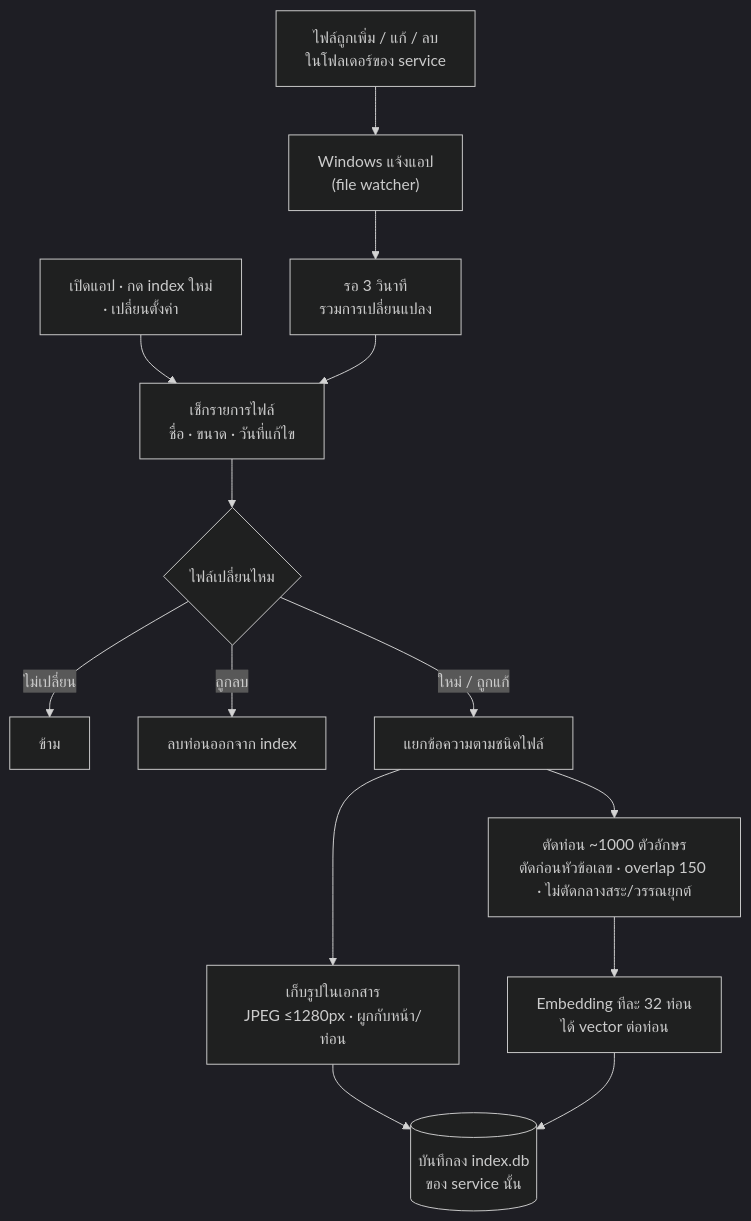
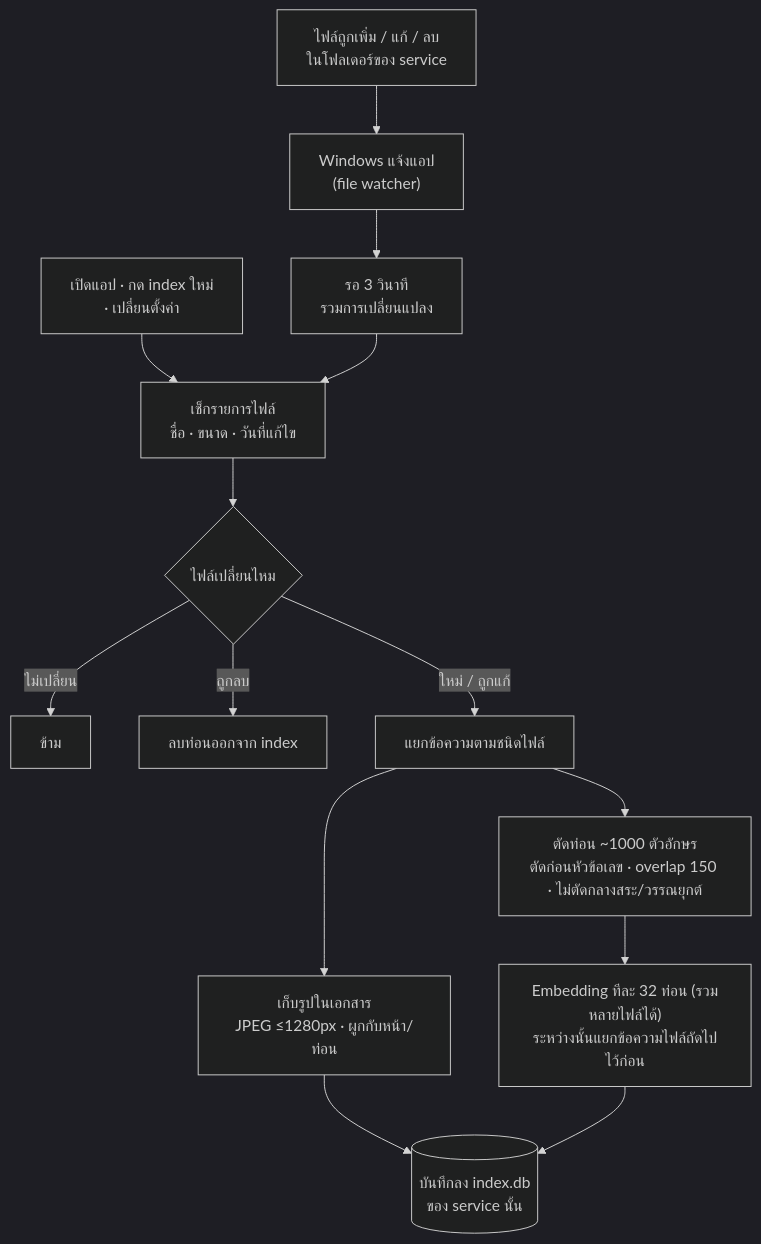
Before and after one commit to bebarboss/local_notebook: the second of 5 diagrams in README.md, drawn with Mermaid (dark theme). The commit also changed other lines of this file and 7 other files, not shown here.

````diff
--- a/README.md
+++ b/README.md
@@ -77,15 +77,15 @@
 ```mermaid
 flowchart TD
     A["ไฟล์ถูกเพิ่ม / แก้ / ลบ<br/>ในโฟลเดอร์ของ service"] --> B["Windows แจ้งแอป<br/>(file watcher)"]
     S["เปิดแอป · กด index ใหม่<br/>· เปลี่ยนตั้งค่า"] --> C
     B --> W["รอ 3 วินาที<br/>รวมการเปลี่ยนแปลง"] --> C["เช็กรายการไฟล์<br/>ชื่อ · ขนาด · วันที่แก้ไข"]
     C --> D{"ไฟล์เปลี่ยนไหม"}
     D -->|ไม่เปลี่ยน| SKIP["ข้าม"]
     D -->|ถูกลบ| DEL["ลบท่อนออกจาก index"]
     D -->|ใหม่ / ถูกแก้| E["แยกข้อความตามชนิดไฟล์"]
     E --> G["ตัดท่อน ~1000 ตัวอักษร<br/>ตัดก่อนหัวข้อเลข · overlap 150 · ไม่ตัดกลางสระ/วรรณยุกต์"]
     E --> P["เก็บรูปในเอกสาร<br/>JPEG ≤1280px · ผูกกับหน้า/ท่อน"]
     P --> I
-    G --> H["Embedding ทีละ 32 ท่อน<br/>ได้ vector ต่อท่อน"]
+    G --> H["Embedding ทีละ 32 ท่อน (รวมหลายไฟล์ได้)<br/>ระหว่างนั้นแยกข้อความไฟล์ถัดไปไว้ก่อน"]
     H --> I[("บันทึกลง index.db<br/>ของ service นั้น")]
 ```
````
